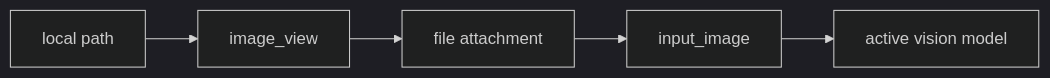
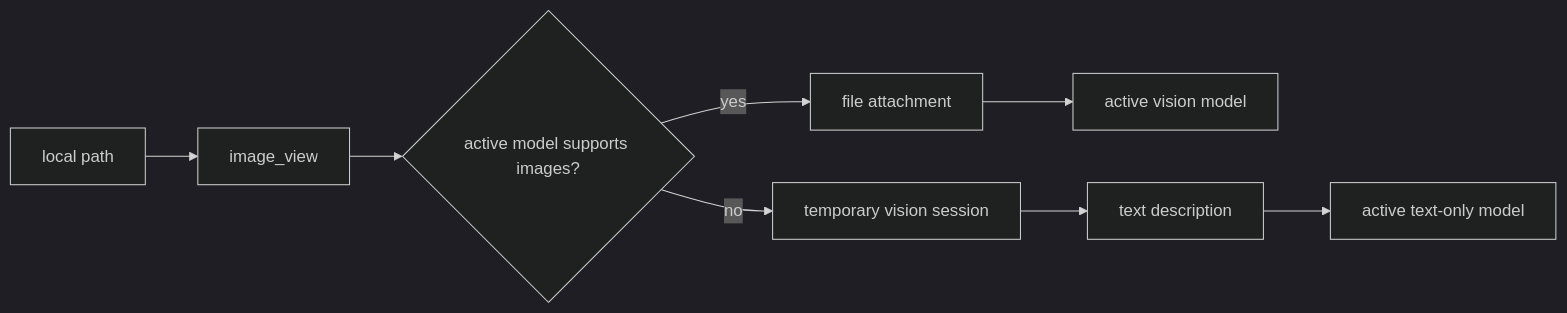
One commit to Krablante/opencode-see changed the diagram in README.md. Above: the diagram before and after it, drawn with Mermaid (dark theme). The commit also changed other lines of this file and 22 other files, not shown here.

Commit message:
feat: delegate vision for text-only models

````diff
--- a/README.md
+++ b/README.md
@@ -48,7 +52,10 @@
 ```mermaid
 flowchart LR
   P[local path] --> T[image_view]
-  T --> A[file attachment]
-  A --> I[input_image]
-  I --> M[active vision model]
+  T --> C{active model supports images?}
+  C -->|yes| A[file attachment]
+  A --> M[active vision model]
+  C -->|no| D[temporary vision session]
+  D --> X[text description]
+  X --> N[active text-only model]
 ```
````
